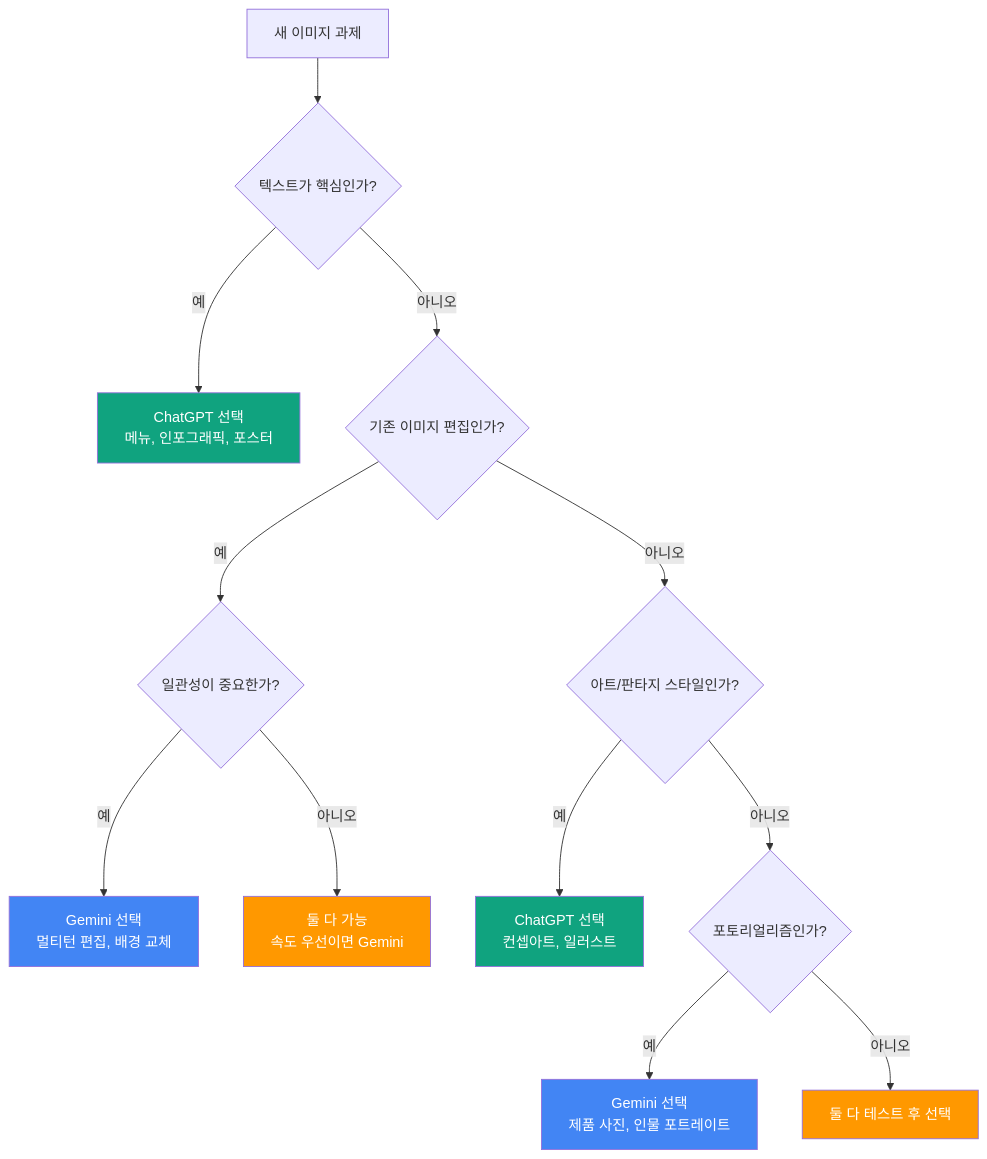
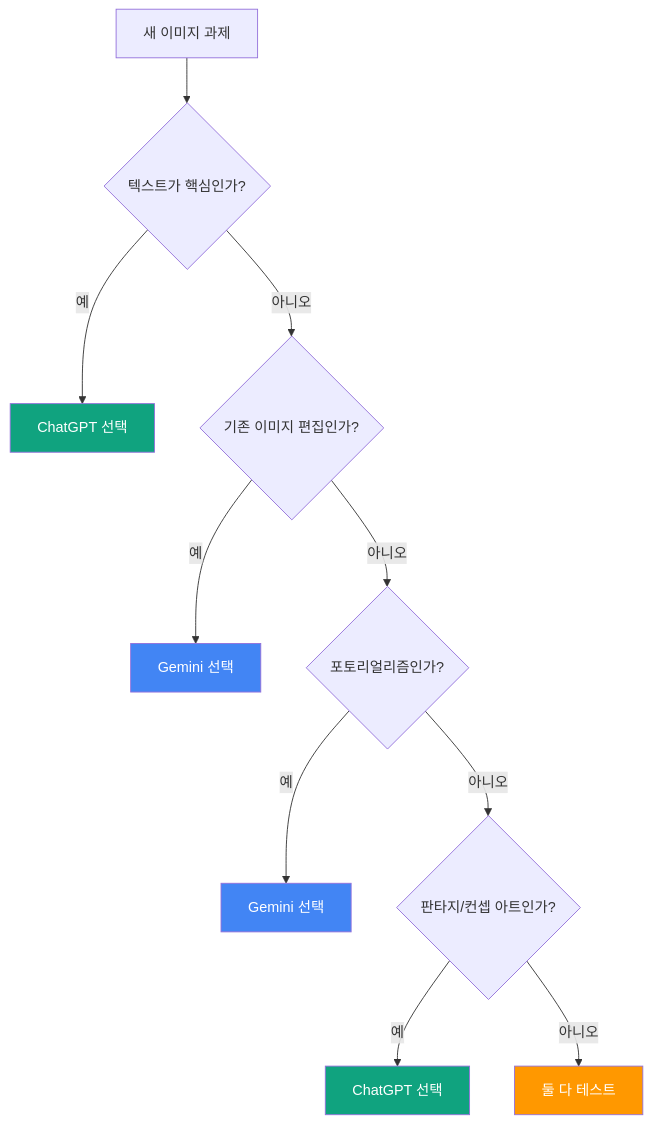
Before and after one commit to jsonpassion/forge-tutorial-promptcanvas: the diagram in 04-ch4-gemini-이미지-생성-실전/04-04-chatgpt-vs-gemini-실전-비교와-조합-전략.md, drawn with Mermaid. The commit also changed other lines of this file and 63 other files, not shown here.

````diff
--- a/04-ch4-gemini-이미지-생성-실전/04-04-chatgpt-vs-gemini-실전-비교와-조합-전략.md
+++ b/04-ch4-gemini-이미지-생성-실전/04-04-chatgpt-vs-gemini-실전-비교와-조합-전략.md
@@ -68,21 +13,18 @@
 ```mermaid
 flowchart TD
     START["새 이미지 과제"] --> Q1{"텍스트가 핵심인가?"}
-    Q1 -->|"예"| GPT1["ChatGPT 선택<br/>메뉴, 인포그래픽, 포스터"]
+    Q1 -->|"예"| GPT1["ChatGPT 선택"]
     Q1 -->|"아니오"| Q2{"기존 이미지 편집인가?"}
-    Q2 -->|"예"| Q3{"일관성이 중요한가?"}
-    Q3 -->|"예"| GEM1["Gemini 선택<br/>멀티턴 편집, 배경 교체"]
-    Q3 -->|"아니오"| BOTH["둘 다 가능<br/>속도 우선이면 Gemini"]
-    Q2 -->|"아니오"| Q4{"아트/판타지 스타일인가?"}
-    Q4 -->|"예"| GPT2["ChatGPT 선택<br/>컨셉아트, 일러스트"]
-    Q4 -->|"아니오"| Q5{"포토리얼리즘인가?"}
-    Q5 -->|"예"| GEM2["Gemini 선택<br/>제품 사진, 인물 포트레이트"]
-    Q5 -->|"아니오"| BOTH2["둘 다 테스트 후 선택"]
+    Q2 -->|"예"| GEM1["Gemini 선택"]
+    Q2 -->|"아니오"| Q3{"포토리얼리즘인가?"}
+    Q3 -->|"예"| GEM2["Gemini 선택"]
+    Q3 -->|"아니오"| Q4{"판타지/컨셉 아트인가?"}
+    Q4 -->|"예"| GPT2["ChatGPT 선택"]
+    Q4 -->|"아니오"| BOTH["둘 다 테스트"]
 
     style GPT1 fill:#10a37f,color:#fff
     style GPT2 fill:#10a37f,color:#fff
     style GEM1 fill:#4285f4,color:#fff
     style GEM2 fill:#4285f4,color:#fff
     style BOTH fill:#ff9800,color:#fff
-    style BOTH2 fill:#ff9800,color:#fff
 ```
````
